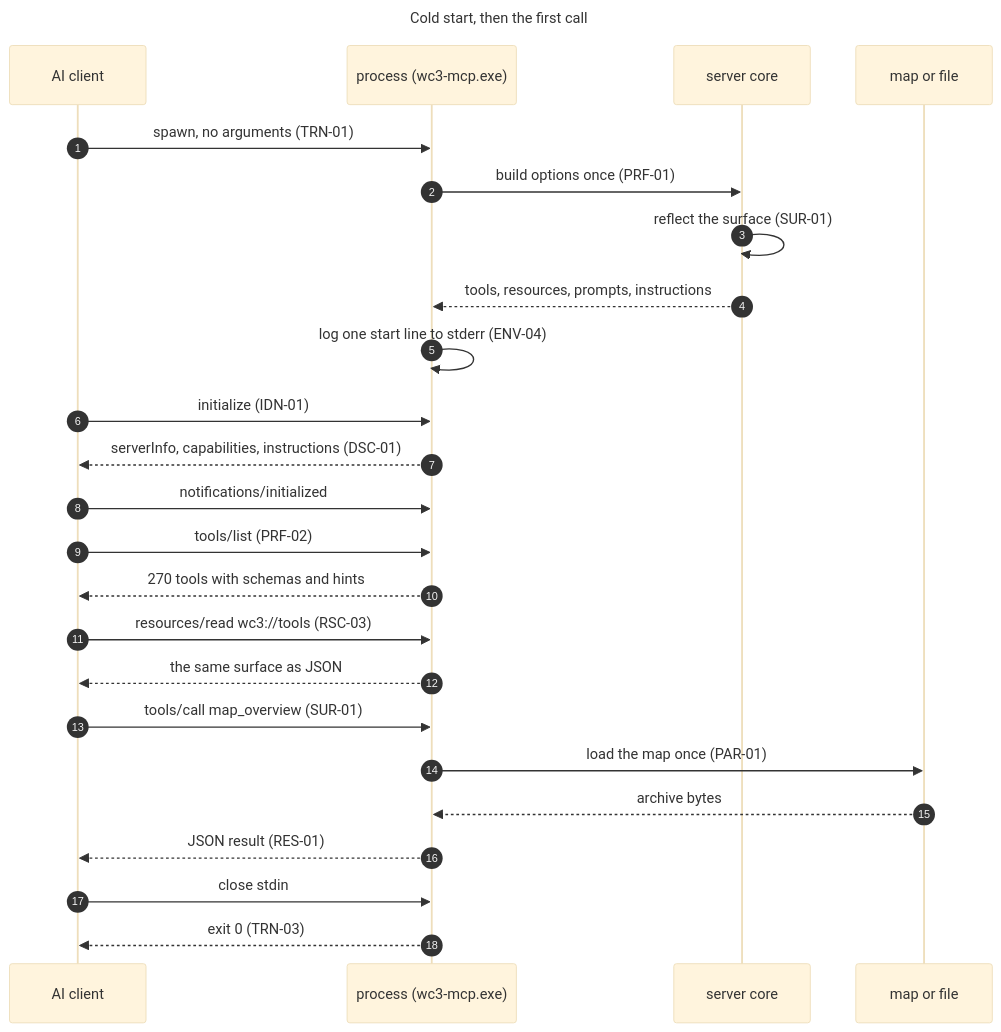
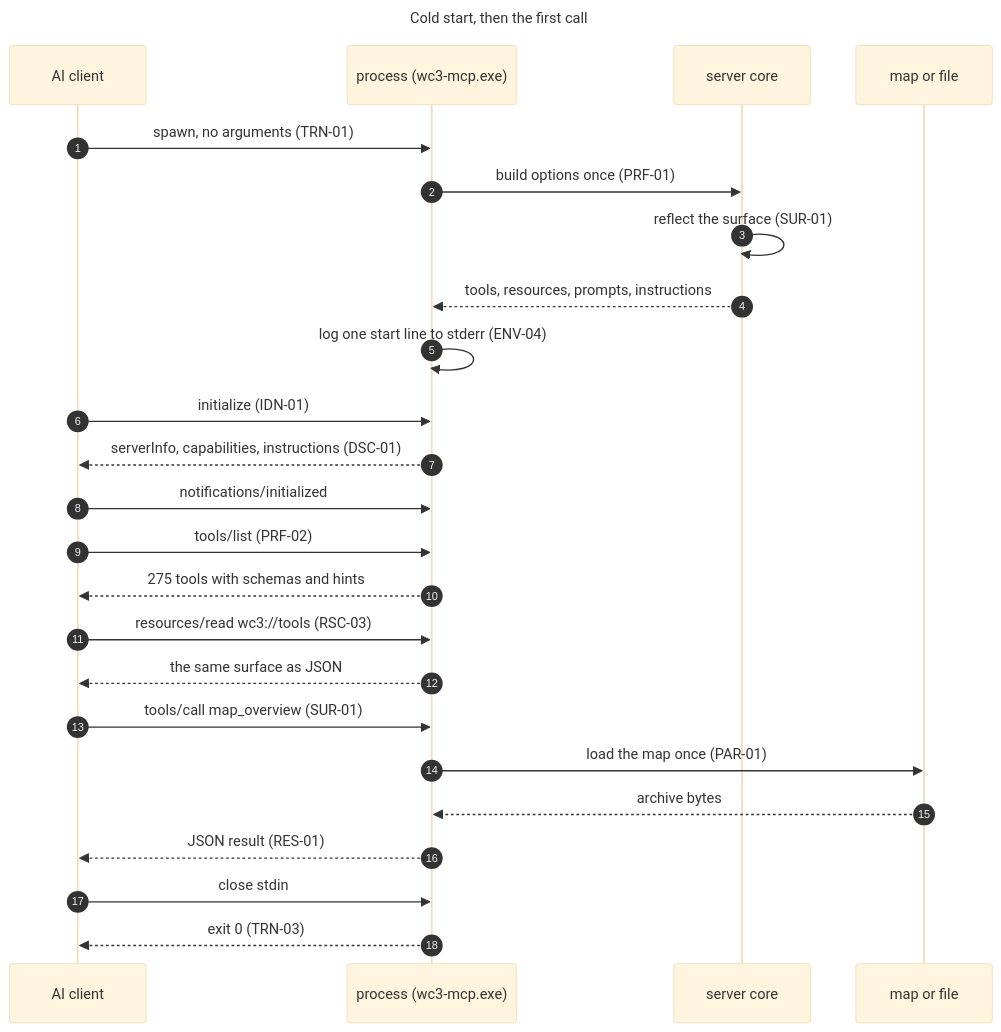
The second of 17 diagrams in docs/specification/wc3-mcp-specification-v1.md (GodMephisto/wc3-mcp), drawn with Mermaid (base theme) before and after one commit. The commit also changed other lines of this file and 3 other files, not shown here.

````diff
--- a/docs/specification/wc3-mcp-specification-v1.md
+++ b/docs/specification/wc3-mcp-specification-v1.md
@@ -772,30 +779,30 @@
 ```mermaid
 ---
 title: Cold start, then the first call
 ---
 sequenceDiagram
     autonumber
     participant C as AI client
     participant P as process (wc3-mcp.exe)
     participant S as server core
     participant F as map or file
 
     C->>P: spawn, no arguments (TRN-01)
     P->>S: build options once (PRF-01)
     S->>S: reflect the surface (SUR-01)
     S-->>P: tools, resources, prompts, instructions
     P->>P: log one start line to stderr (ENV-04)
     C->>P: initialize (IDN-01)
     P-->>C: serverInfo, capabilities, instructions (DSC-01)
     C->>P: notifications/initialized
     C->>P: tools/list (PRF-02)
-    P-->>C: 270 tools with schemas and hints
+    P-->>C: 275 tools with schemas and hints
     C->>P: resources/read wc3://tools (RSC-03)
     P-->>C: the same surface as JSON
     C->>P: tools/call map_overview (SUR-01)
     P->>F: load the map once (PAR-01)
     F-->>P: archive bytes
     P-->>C: JSON result (RES-01)
     C->>P: close stdin
     P-->>C: exit 0 (TRN-03)
 ```
````
